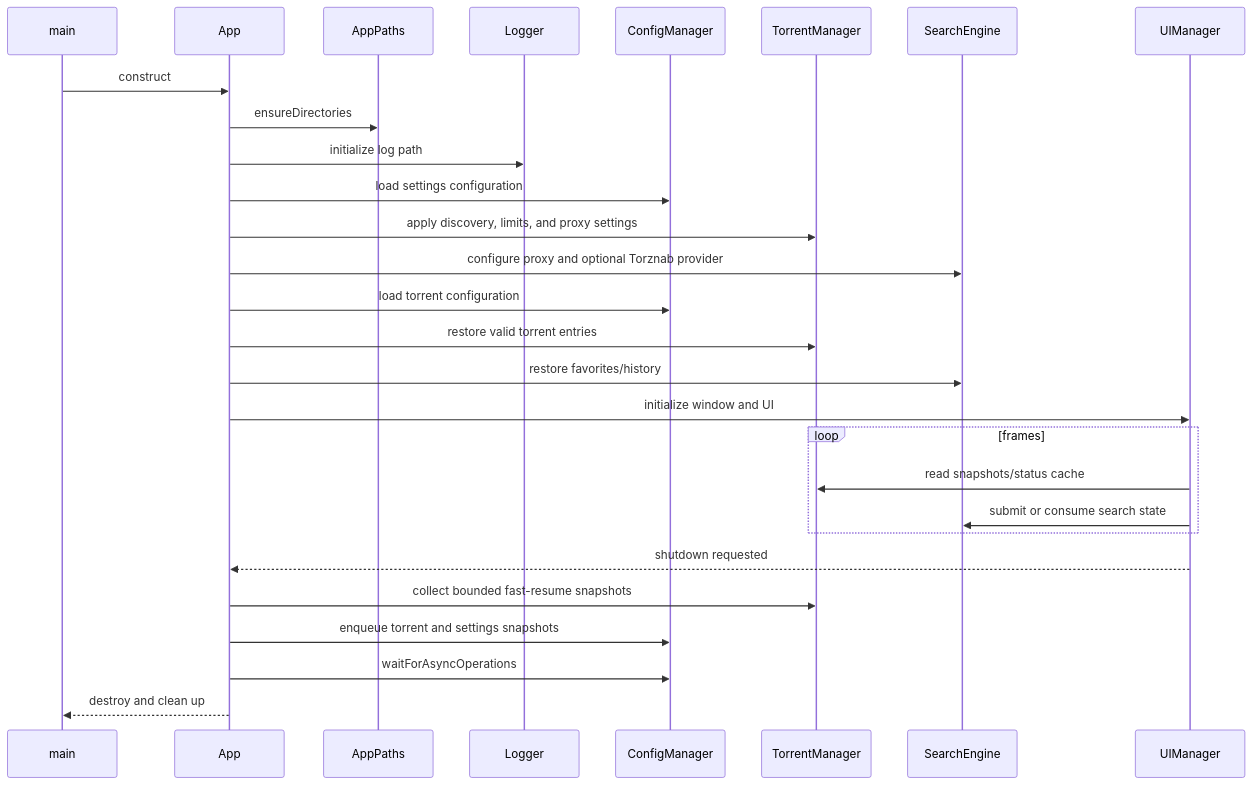
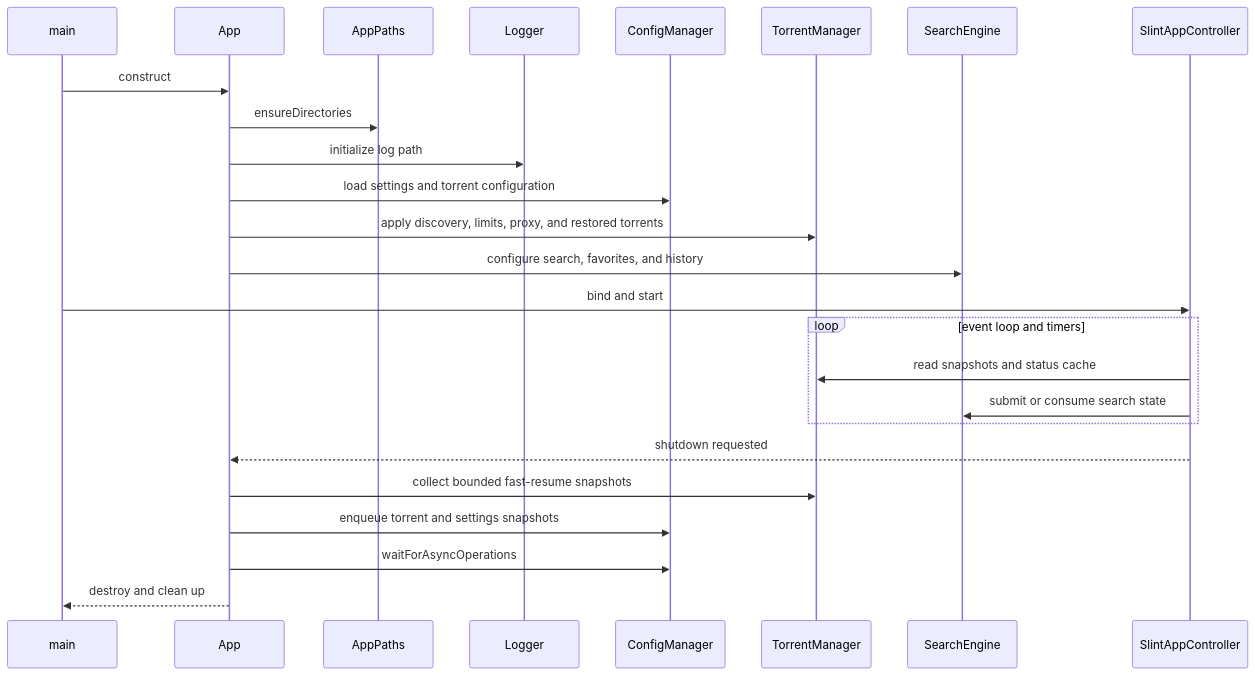
One commit to gkehren/hypertube changed the second of 2 diagrams in docs/architecture.md. Above: the diagram before and after it, drawn with Mermaid. The commit also changed other lines of this file and 35 other files, not shown here.

````diff
--- a/docs/architecture.md
+++ b/docs/architecture.md
@@ -86,31 +71,28 @@
 ```mermaid
 sequenceDiagram
     participant M as main
     participant A as App
     participant P as AppPaths
     participant L as Logger
     participant C as ConfigManager
     participant T as TorrentManager
     participant S as SearchEngine
-    participant U as UIManager
+    participant U as SlintAppController
 
     M->>A: construct
     A->>P: ensureDirectories
     A->>L: initialize log path
-    A->>C: load settings configuration
-    A->>T: apply discovery, limits, and proxy settings
-    A->>S: configure proxy and optional Torznab provider
-    A->>C: load torrent configuration
-    A->>T: restore valid torrent entries
-    A->>S: restore favorites/history
-    A->>U: initialize window and UI
-    loop frames
-        U->>T: read snapshots/status cache
+    A->>C: load settings and torrent configuration
+    A->>T: apply discovery, limits, proxy, and restored torrents
+    A->>S: configure search, favorites, and history
+    M->>U: bind and start
+    loop event loop and timers
+        U->>T: read snapshots and status cache
         U->>S: submit or consume search state
     end
     U-->>A: shutdown requested
     A->>T: collect bounded fast-resume snapshots
     A->>C: enqueue torrent and settings snapshots
     A->>C: waitForAsyncOperations
     A-->>M: destroy and clean up
 ```
````
